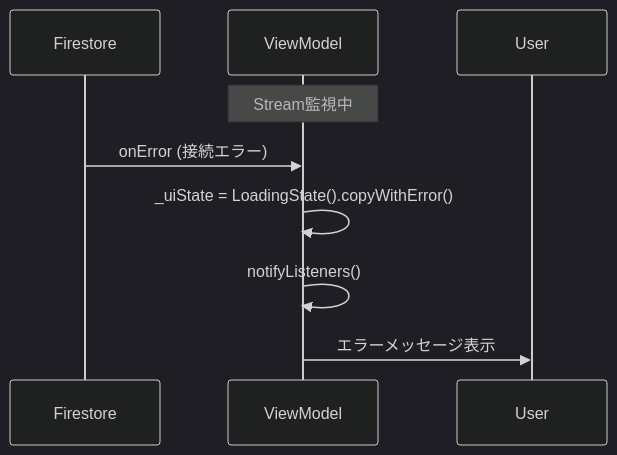
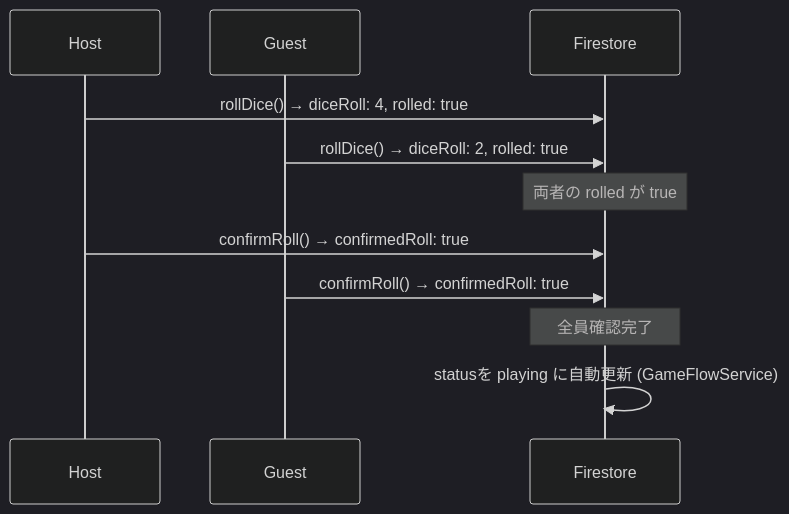
The fourth of 6 diagrams in docs/architecture/05_data_flow.md (YotaMomose/battle_for_the_cats), drawn with Mermaid (dark theme) before and after one commit. The commit also changed other lines of this file and 5 other files, not shown here.

````diff
--- a/docs/architecture/05_data_flow.md
+++ b/docs/architecture/05_data_flow.md
@@ -437,13 +82,15 @@
 ```mermaid
 sequenceDiagram
+    participant H as Host
+    participant G as Guest
     participant FS as Firestore
-    participant VM as ViewModel
-    participant U as User
     
-    Note over VM: Stream監視中
+    H->>FS: rollDice() → diceRoll: 4, rolled: true
+    G->>FS: rollDice() → diceRoll: 2, rolled: true
+    Note over FS: 両者の rolled が true
     
-    FS->>VM: onError (接続エラー)
-    VM->>VM: _uiState = LoadingState().copyWithError()
-    VM->>VM: notifyListeners()
-    VM->>U: エラーメッセージ表示
+    H->>FS: confirmRoll() → confirmedRoll: true
+    G->>FS: confirmRoll() → confirmedRoll: true
+    Note over FS: 全員確認完了
+    FS->>FS: statusを playing に自動更新 (GameFlowService)
 ```
````
